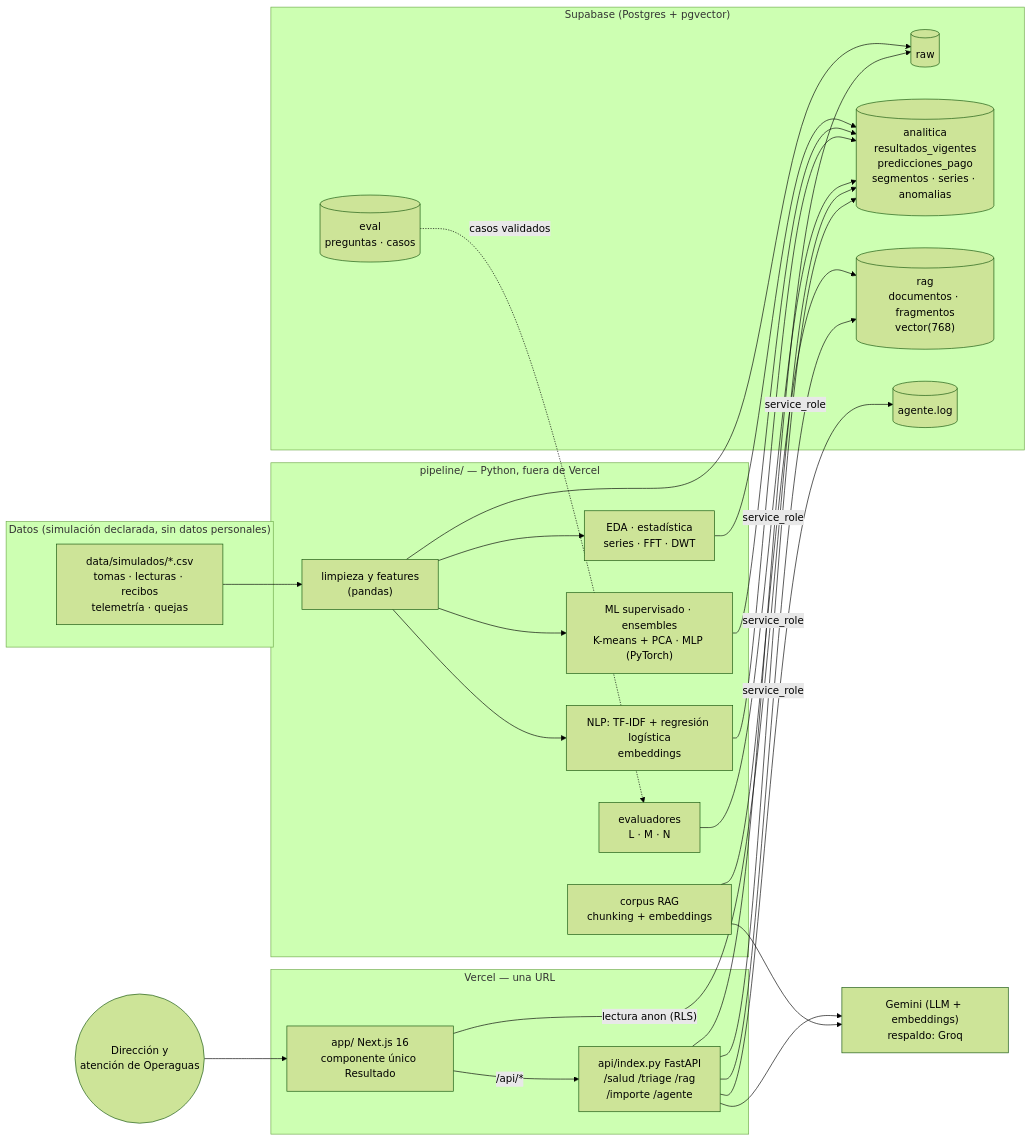
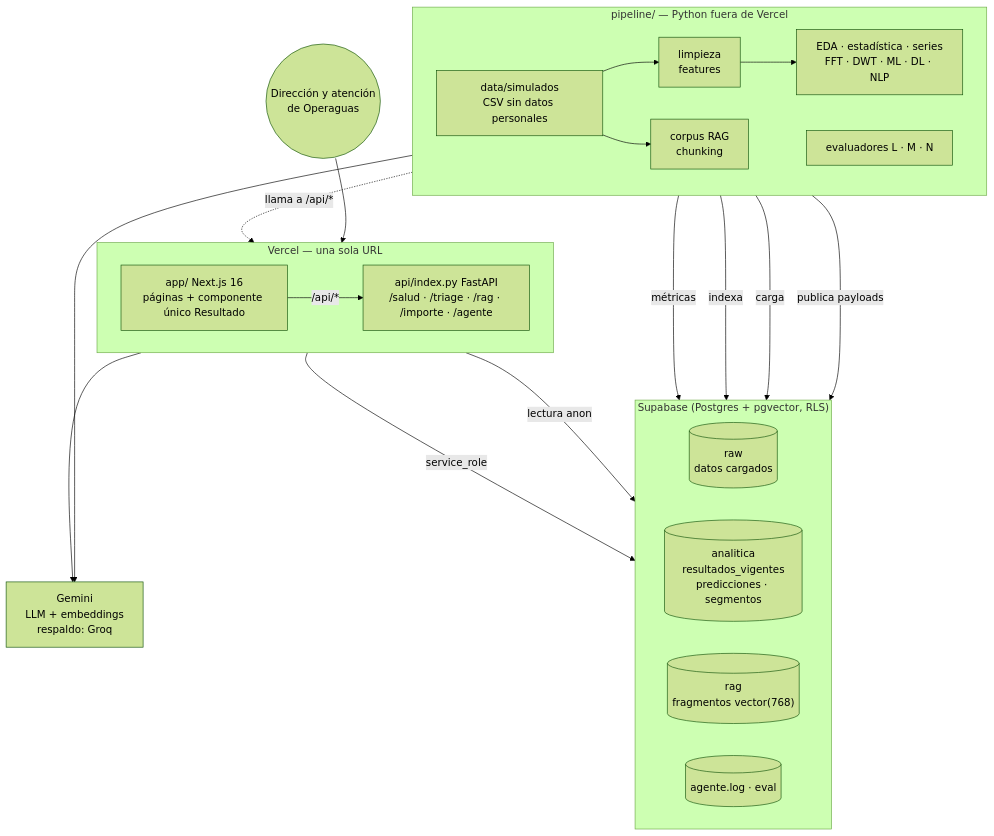
Before and after one commit to K4ppa1714/SISTEMA_DIPLOMADO: the diagram in docs/arquitectura.md, drawn with Mermaid (forest theme). The commit also changed 3 other files, not shown here.

First line of the commit message:
T-20: reporte con secciones de segmentación, DL, LLM, RAG y agentes; diagrama de arquitectura

````diff
--- a/docs/arquitectura.md
+++ b/docs/arquitectura.md
@@ -7,45 +7,40 @@
 ```mermaid
-flowchart LR
-    subgraph Fuente["Datos (simulación declarada, sin datos personales)"]
-        CSV["data/simulados/*.csv<br/>tomas · lecturas · recibos<br/>telemetría · quejas"]
+flowchart TB
+    USR(("Dirección y atención<br/>de Operaguas"))
+
+    subgraph Vercel["Vercel — una sola URL"]
+        direction LR
+        WEB["app/ Next.js 16<br/>páginas + componente único Resultado"]
+        API["api/index.py FastAPI<br/>/salud · /triage · /rag · /importe · /agente"]
+        WEB -- "/api/*" --> API
     end
 
-    subgraph Pipeline["pipeline/ — Python, fuera de Vercel"]
-        LIMP["limpieza y features<br/>(pandas)"]
-        ANA["EDA · estadística<br/>series · FFT · DWT"]
-        ML["ML supervisado · ensembles<br/>K-means + PCA · MLP (PyTorch)"]
-        NLP["NLP: TF-IDF + regresión logística<br/>embeddings"]
-        IDX["corpus RAG<br/>chunking + embeddings"]
-        EVAL["evaluadores<br/>L · M · N"]
+    subgraph Supa["Supabase (Postgres + pgvector, RLS)"]
+        direction LR
+        RAW[("raw<br/>datos cargados")]
+        ANAL[("analitica<br/>resultados_vigentes<br/>predicciones · segmentos")]
+        RAG[("rag<br/>fragmentos vector(768)")]
+        AG[("agente.log · eval")]
     end
 
-    subgraph Supa["Supabase (Postgres + pgvector)"]
-        RAW[("raw")]
-        ANAL[("analitica<br/>resultados_vigentes<br/>predicciones_pago<br/>segmentos · series · anomalias")]
-        RAG[("rag<br/>documentos · fragmentos<br/>vector(768)")]
-        AG[("agente.log")]
-        EV[("eval<br/>preguntas · casos")]
+    subgraph Pipeline["pipeline/ — Python fuera de Vercel"]
+        direction LR
+        CSV["data/simulados<br/>CSV sin datos personales"] --> LIMP["limpieza<br/>features"]
+        LIMP --> MOD["EDA · estadística · series<br/>FFT · DWT · ML · DL · NLP"]
+        CSV --> IDX["corpus RAG<br/>chunking"]
+        EVAL["evaluadores L · M · N"]
     end
 
-    subgraph Vercel["Vercel — una URL"]
-        WEB["app/ Next.js 16<br/>componente único Resultado"]
-        API["api/index.py FastAPI<br/>/salud /triage /rag<br/>/importe /agente"]
-    end
-
-    LLM["Gemini (LLM + embeddings)<br/>respaldo: Groq"]
-    USR(("Dirección y<br/>atención de Operaguas"))
-
-    CSV --> LIMP --> ANA & ML & NLP
-    LIMP --> RAW
-    ANA & ML & NLP --> ANAL
-    IDX --> RAG
-    EVAL --> ANAL
-    EV -.casos validados.-> EVAL
+    LLM["Gemini<br/>LLM + embeddings<br/>respaldo: Groq"]
 
     USR --> WEB
-    WEB -- "lectura anon (RLS)" --> ANAL
-    WEB -- "/api/*" --> API
-    API -- service_role --> RAW & ANAL & RAG & AG
+    WEB -- "lectura anon" --> ANAL
+    API -- "service_role" --> Supa
     API --> LLM
+    MOD -- "publica payloads" --> ANAL
+    LIMP -- "carga" --> RAW
+    IDX -- "indexa" --> RAG
     IDX --> LLM
+    EVAL -- "métricas" --> ANAL
+    EVAL -. "llama a /api/*" .-> API
 ```
````
